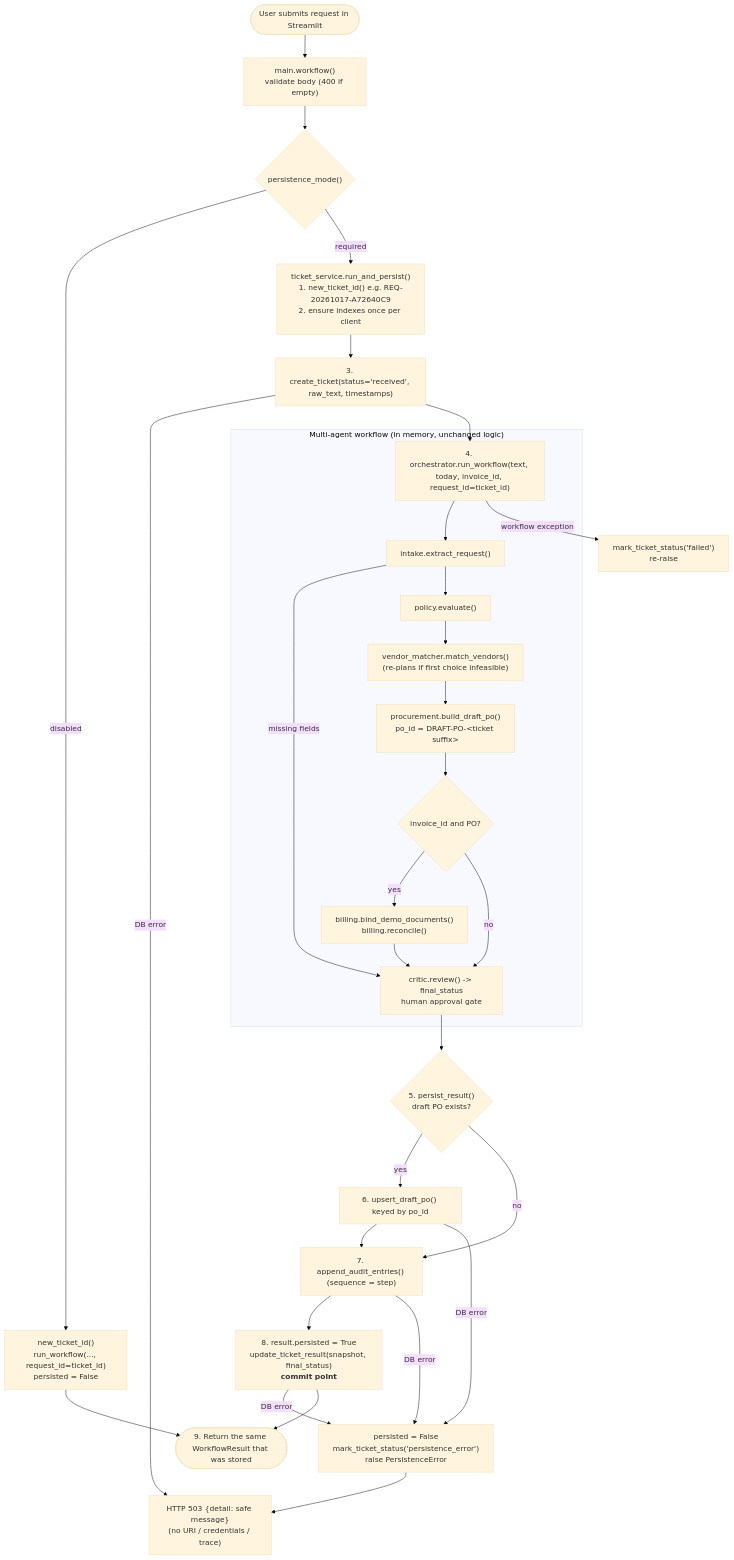
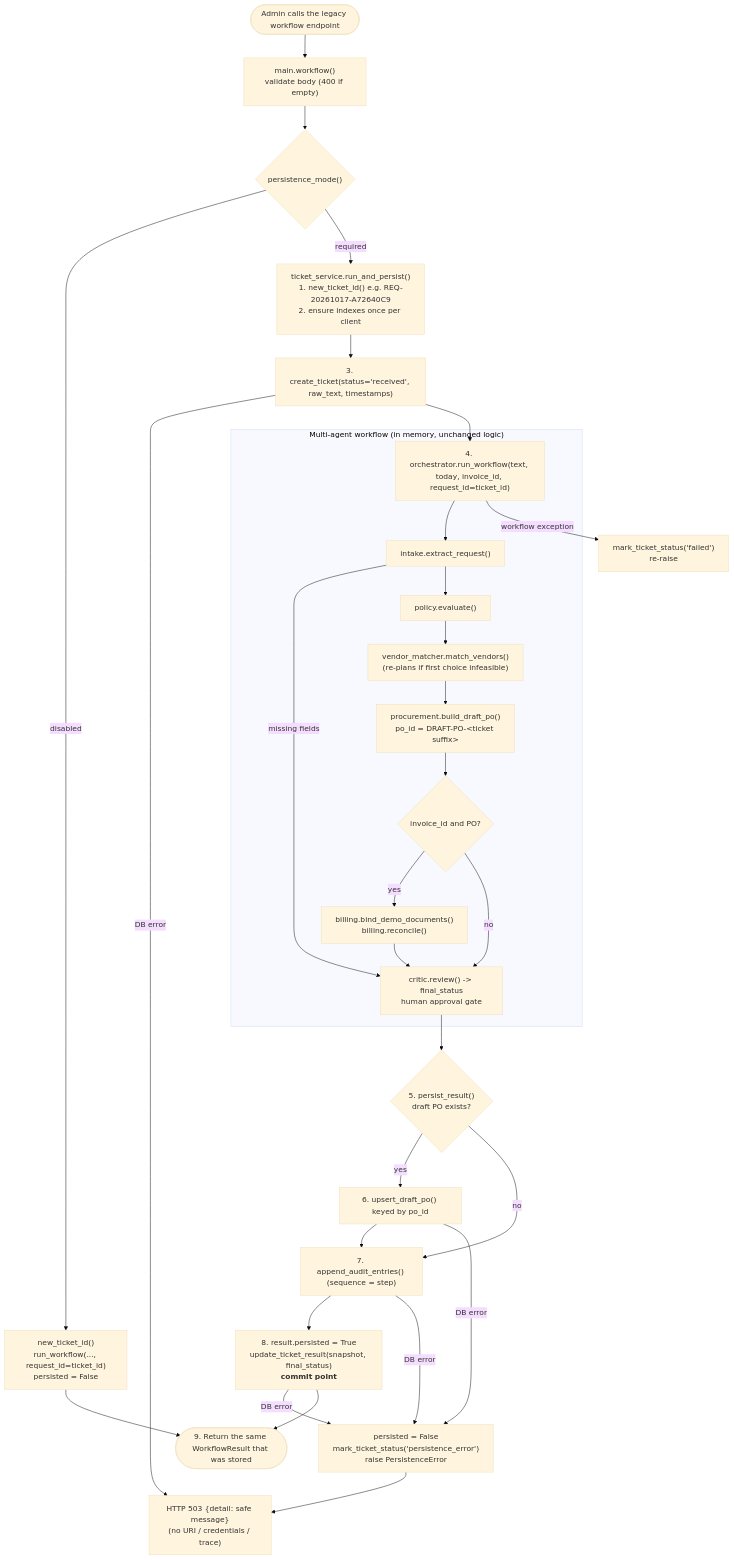
The second of 18 diagrams in Docs/flow.md (Sinha28Shivam/Singularity_Squad), drawn with Mermaid (base theme) before and after one commit. The commit also changed other lines of this file and 57 other files, not shown here.

````diff
--- a/Docs/flow.md
+++ b/Docs/flow.md
@@ -258,33 +255,33 @@
 ```mermaid
 flowchart TD
-    A([User submits request in Streamlit]) --> B["main.workflow()<br/>validate body (400 if empty)"]
+    A([Admin calls the legacy workflow endpoint]) --> B["main.workflow()<br/>validate body (400 if empty)"]
     B --> S0{"persistence_mode()"}
     S0 -->|disabled| S1["new_ticket_id()<br/>run_workflow(..., request_id=ticket_id)<br/>persisted = False"]
     S1 --> R
     S0 -->|required| S2["ticket_service.run_and_persist()<br/>1. new_ticket_id() e.g. REQ-20261017-A72640C9<br/>2. ensure indexes once per client"]
     S2 --> S3["3. create_ticket(status='received', raw_text, timestamps)"]
     S3 -->|DB error| E503
     S3 --> C["4. orchestrator.run_workflow(text, today, invoice_id, request_id=ticket_id)"]
 
     subgraph WF["Multi-agent workflow (in memory, unchanged logic)"]
         C --> D["intake.extract_request()"]
         D -->|missing fields| K
         D --> E["policy.evaluate()"]
         E --> F["vendor_matcher.match_vendors()<br/>(re-plans if first choice infeasible)"]
         F --> G["procurement.build_draft_po()<br/>po_id = DRAFT-PO-&lt;ticket suffix&gt;"]
         G --> H{invoice_id and PO?}
         H -->|yes| I["billing.bind_demo_documents()<br/>billing.reconcile()"]
         H -->|no| K
         I --> K["critic.review() -> final_status<br/>human approval gate"]
     end
 
     C -->|workflow exception| EF["mark_ticket_status('failed')<br/>re-raise"]
     K --> P2{"5. persist_result()<br/>draft PO exists?"}
     P2 -->|yes| P3["6. upsert_draft_po() keyed by po_id"]
     P2 -->|no| P4
     P3 --> P4["7. append_audit_entries() (sequence = step)"]
     P4 --> P5["8. result.persisted = True<br/>update_ticket_result(snapshot, final_status)<br/><b>commit point</b>"]
     P3 & P4 & P5 -->|DB error| PE["persisted = False<br/>mark_ticket_status('persistence_error')<br/>raise PersistenceError"]
     PE --> E503["HTTP 503 {detail: safe message}<br/>(no URI / credentials / trace)"]
     P5 --> R([9. Return the same WorkflowResult that was stored])
 ```
````
